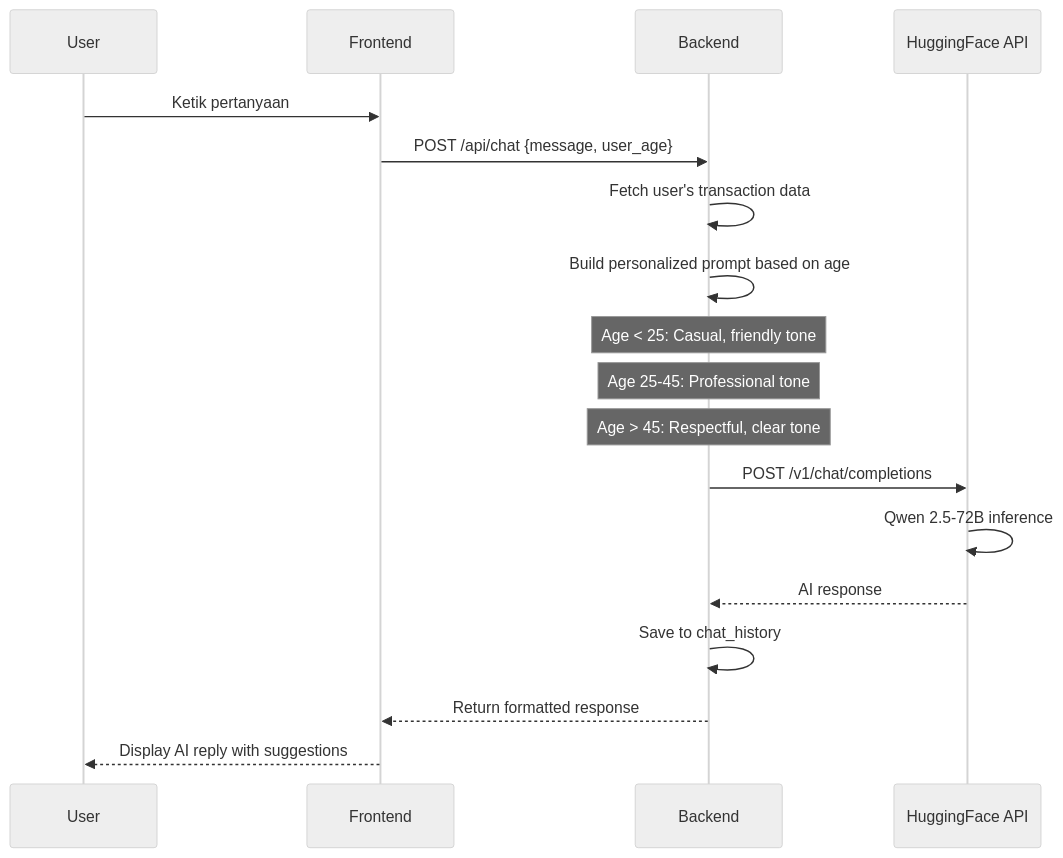
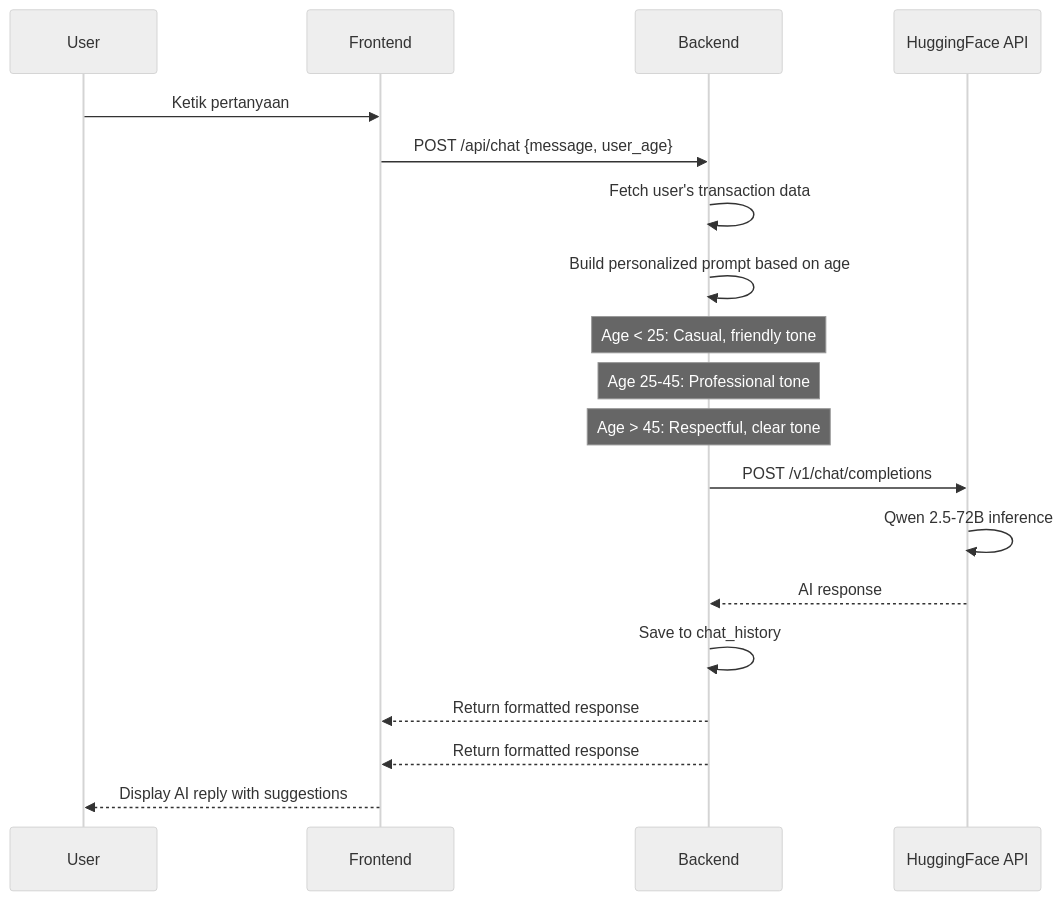
Before and after one commit to aan-andiyanaS/finlapor: the fourth of 6 diagrams in docs/architecture.md, drawn with Mermaid (neutral theme). The commit also changed other lines of this file and 2 other files, not shown here.

````diff
--- a/docs/architecture.md
+++ b/docs/architecture.md
@@ -246,23 +246,24 @@
 ```mermaid
 sequenceDiagram
     participant U as User
     participant F as Frontend
     participant B as Backend
     participant HF as HuggingFace API
 
     U->>F: Ketik pertanyaan
     F->>B: POST /api/chat {message, user_age}
     B->>B: Fetch user's transaction data
     B->>B: Build personalized prompt based on age
     
     Note over B: Age < 25: Casual, friendly tone
     Note over B: Age 25-45: Professional tone
     Note over B: Age > 45: Respectful, clear tone
     
     B->>HF: POST /v1/chat/completions
     HF->>HF: Qwen 2.5-72B inference
     HF-->>B: AI response
     B->>B: Save to chat_history
     B-->>F: Return formatted response
+    B-->>F: Return formatted response
     F-->>U: Display AI reply with suggestions
 ```
````
